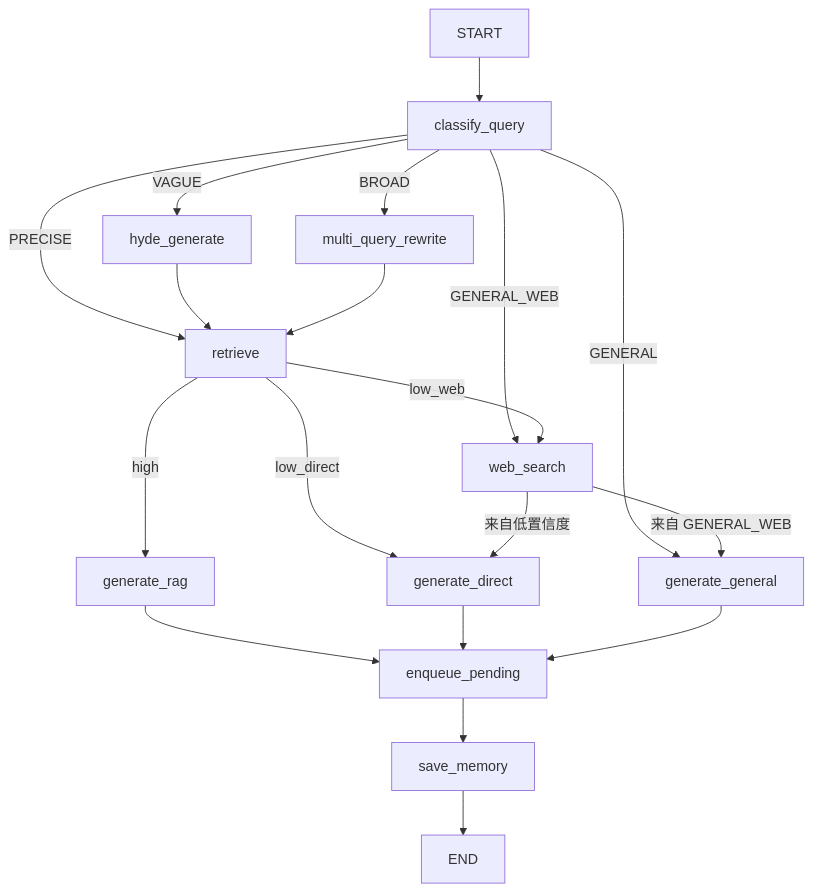
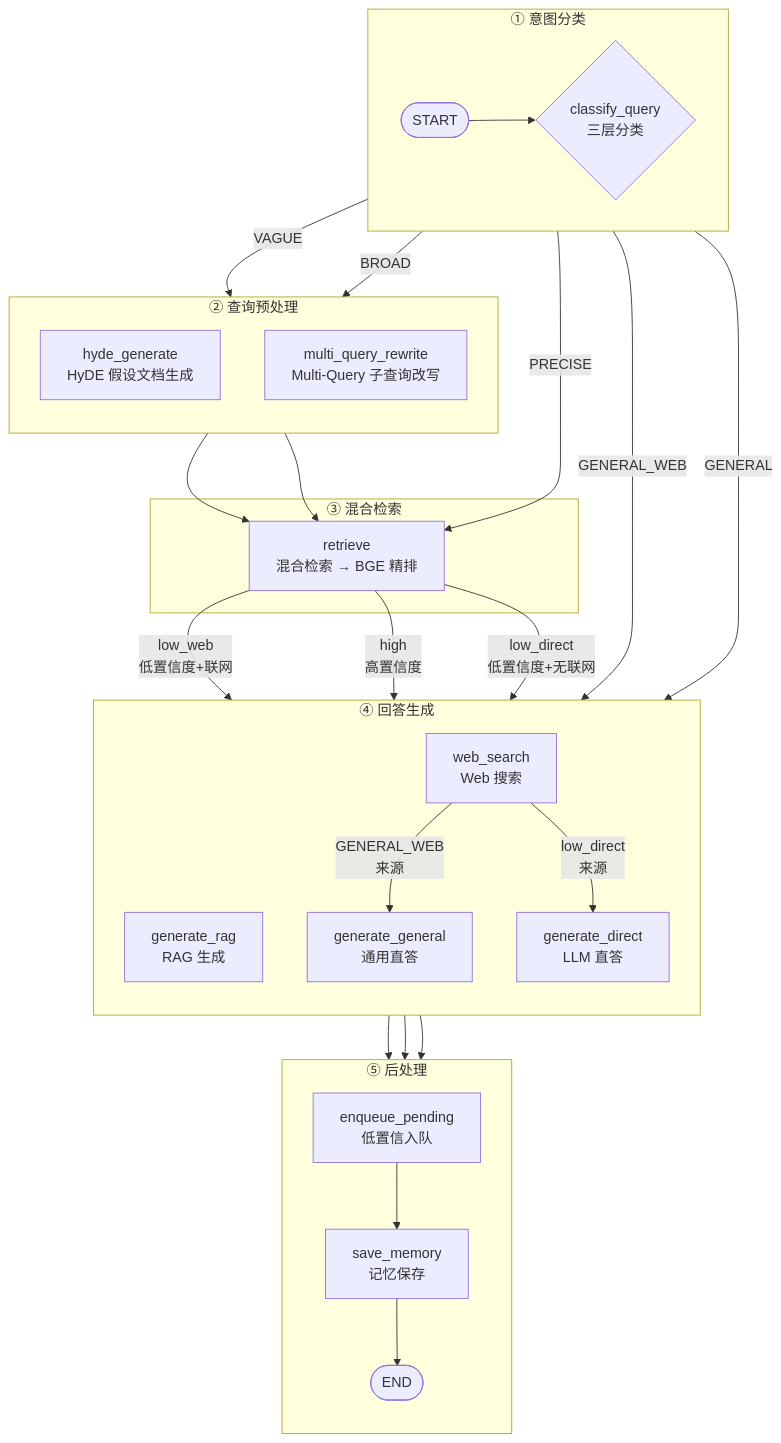
One commit to 1228chl/Learning-AI-Large-Models-Notes changed the diagram in AI-Large-Modlels-Notes/Project/EduAgent/代码版/05-RAG问答系统/05-22-QA-Agent-图装配graph深析.md. Above: the diagram before and after it, drawn with Mermaid. The commit also changed other lines of this file, not shown here.

Commit message:
2026-08-06 11:12:01

````diff
--- a/AI-Large-Modlels-Notes/Project/EduAgent/代码版/05-RAG问答系统/05-22-QA-Agent-图装配graph深析.md
+++ b/AI-Large-Modlels-Notes/Project/EduAgent/代码版/05-RAG问答系统/05-22-QA-Agent-图装配graph深析.md
@@ -227,27 +229,60 @@
 ```mermaid
 flowchart TD
-    START --> classify_query
+    subgraph 入口层["① 意图分类"]
+        direction LR
+        START([START]) --> classify_query{classify_query<br>三层分类}
+    end
 
+    subgraph 预处理层["② 查询预处理"]
+        direction TB
+        hyde_generate[hyde_generate<br>HyDE 假设文档生成]
+        multi_query_rewrite[multi_query_rewrite<br>Multi-Query 子查询改写]
+    end
+
+    subgraph 检索层["③ 混合检索"]
+        retrieve[retrieve<br>混合检索 → BGE 精排]
+    end
+
+    subgraph 生成层["④ 回答生成"]
+        direction TB
+        generate_rag[generate_rag<br>RAG 生成]
+        generate_direct[generate_direct<br>LLM 直答️]
+        web_search[web_search<br>Web 搜索]
+        generate_general[generate_general<br>通用直答]
+    end
+
+    subgraph 后处理层["⑤ 后处理"]
+        direction TB
+        enqueue_pending[enqueue_pending<br>低置信入队]
+        save_memory[save_memory<br>记忆保存]
+        END([END])
+    end
+
+    %% ── 层间连接 ──
+    %% web_search 的两条入边：retrieve 走左、classify_query 走右，避免交叉
+    retrieve -->|"low_web<br>低置信度+联网"| web_search
+    classify_query -->|GENERAL_WEB| web_search
+
+    %% generate_general 的两条入边：web_search 走左、classify_query 走右，避免交叉
+    web_search -->|"GENERAL_WEB<br>来源"| generate_general
     classify_query -->|GENERAL| generate_general
-    classify_query -->|GENERAL_WEB| web_search
+
     classify_query -->|PRECISE| retrieve
     classify_query -->|VAGUE| hyde_generate
     classify_query -->|BROAD| multi_query_rewrite
 
     hyde_generate --> retrieve
     multi_query_rewrite --> retrieve
 
-    retrieve -->|high| generate_rag
-    retrieve -->|low_web| web_search
-    retrieve -->|low_direct| generate_direct
+    retrieve -->|"high<br>高置信度"| generate_rag
+    retrieve -->|"low_direct<br>低置信度+无联网"| generate_direct
 
-    web_search -->|"来自 GENERAL_WEB"| generate_general
-    web_search -->|"来自低置信度"| generate_direct
+    web_search -->|"low_direct<br>来源"| generate_direct
 
     generate_rag --> enqueue_pending
     generate_direct --> enqueue_pending
     generate_general --> enqueue_pending
 
     enqueue_pending --> save_memory
     save_memory --> END
 ```
````
